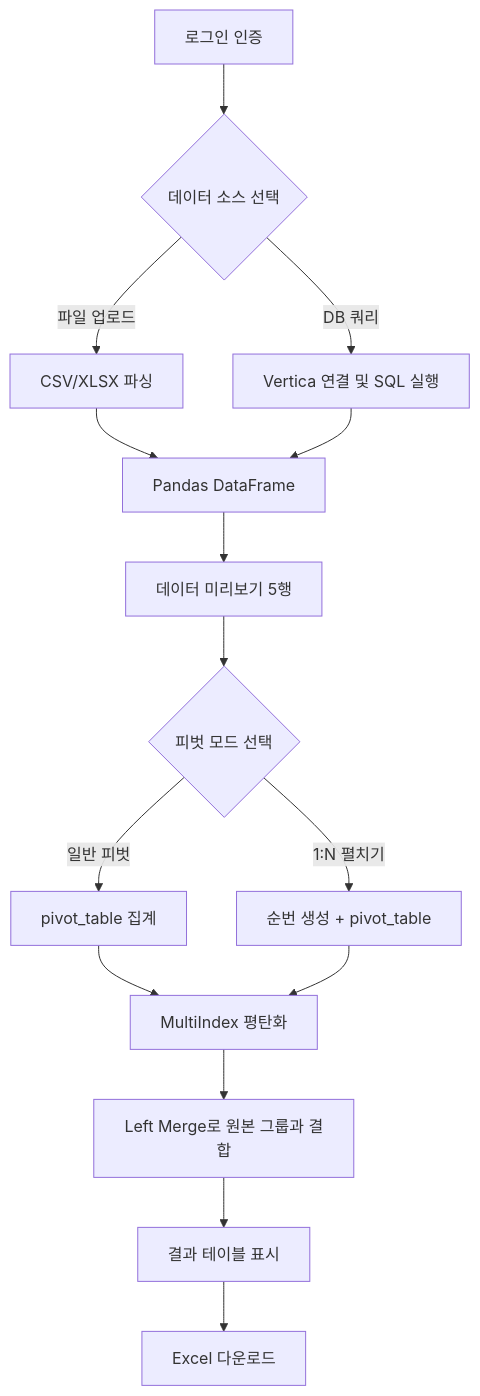
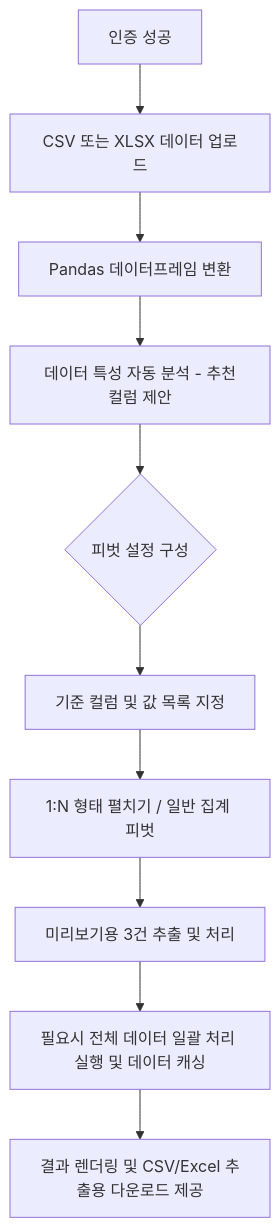
Before and after one commit to Niobe96/streamlit_pivot: the diagram in README.md, drawn with Mermaid. The commit also changed other lines of this file, not shown here.

````diff
--- a/README.md
+++ b/README.md
@@ -111,17 +116,12 @@
 ```mermaid
 graph TD
-    A[로그인 인증] --> B{데이터 소스 선택}
-    B -- 파일 업로드 --> C[CSV/XLSX 파싱]
-    B -- DB 쿼리 --> D[Vertica 연결 및 SQL 실행]
-    C --> E[Pandas DataFrame]
-    D --> E
-    E --> F[데이터 미리보기 5행]
-    F --> G{피벗 모드 선택}
-    G -- 일반 피벗 --> H[pivot_table 집계]
-    G -- 1:N 펼치기 --> I[순번 생성 + pivot_table]
-    H --> J[MultiIndex 평탄화]
-    I --> J
-    J --> K[Left Merge로 원본 그룹과 결합]
-    K --> L[결과 테이블 표시]
-    L --> M[Excel 다운로드]
+    A[인증 성공] --> B[CSV 또는 XLSX 데이터 업로드]
+    B --> C[Pandas 데이터프레임 변환]
+    C --> D[데이터 특성 자동 분석 - 추천컬럼 제안]
+    D --> E{피벗 설정 구성}
+    E --> F[기준 컬럼 및 값 목록 지정]
+    F --> G[1:N 형태 펼치기 / 일반 집계 피벗]
+    G --> H[미리보기용 3건 추출 및 처리]
+    H --> I[필요시 전체 데이터 일괄 처리 실행 및 데이터 캐싱]
+    I --> J[결과 렌더링 및 CSV/Excel 추출용 다운로드 제공]
 ```
````
